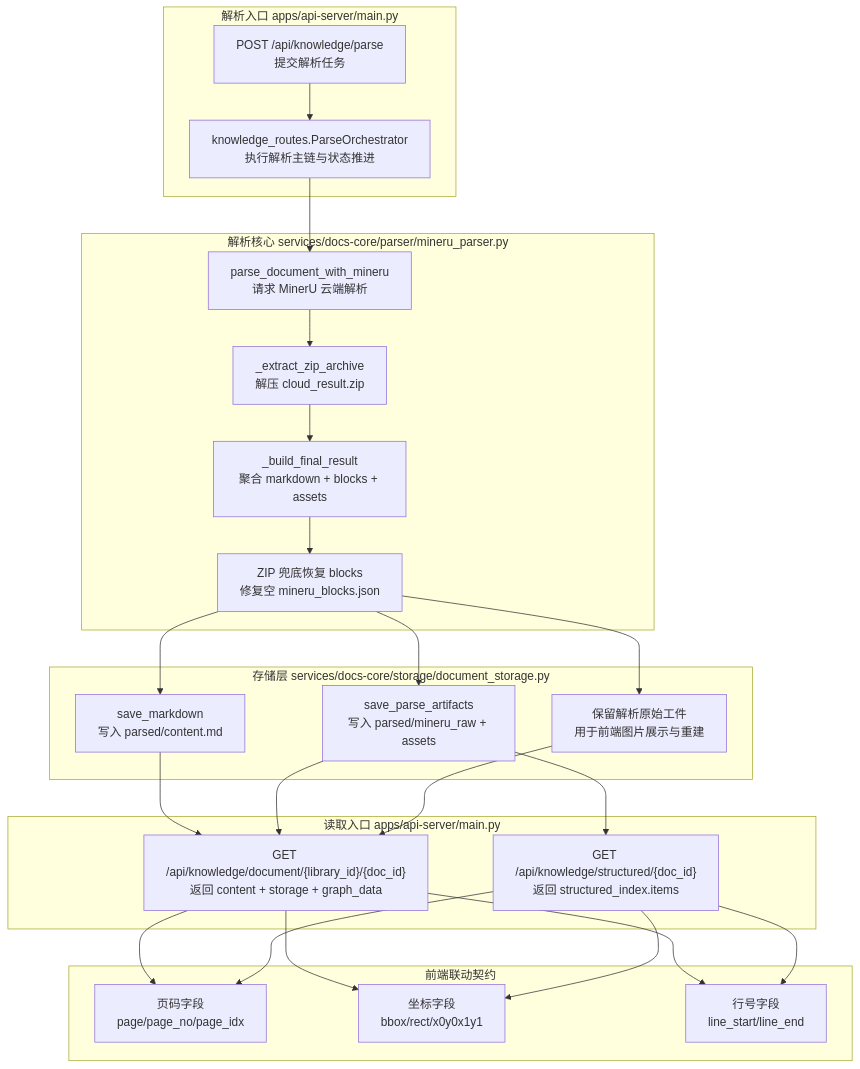
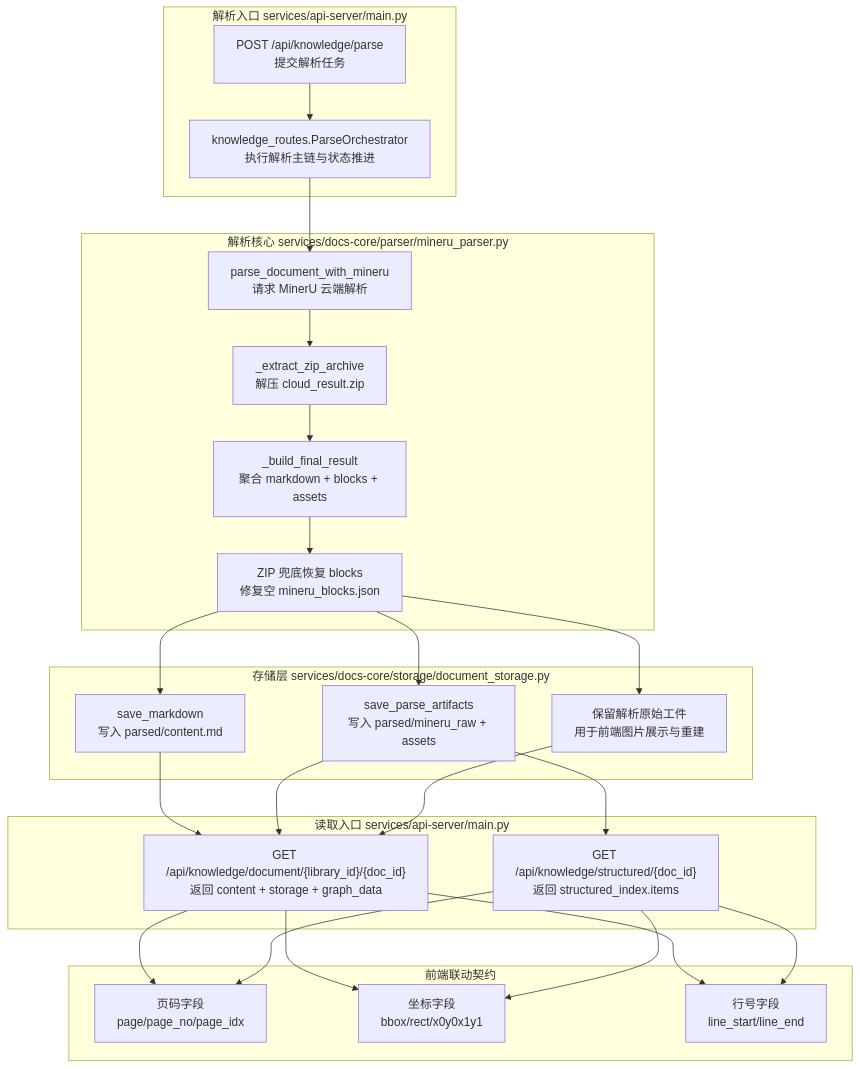
Before and after one commit to 0mao0/AnGIneer: the fourth of 4 diagrams in docs/services-techniques.md, drawn with Mermaid. The commit also changed other lines of this file and 29 other files, not shown here.

First line of the commit message:
refactor(api-server): move api-server from apps to services directory

````diff
--- a/docs/services-techniques.md
+++ b/docs/services-techniques.md
@@ -289,52 +289,52 @@
 ```mermaid
 flowchart TB
-  subgraph Ingest["解析入口 apps/api-server/main.py"]
+  subgraph Ingest["解析入口 services/api-server/main.py"]
     ParseReq["POST /api/knowledge/parse\n提交解析任务"]
     ParseTask["knowledge_routes.ParseOrchestrator\n执行解析主链与状态推进"]
   end
 
   subgraph Parser["解析核心 services/docs-core/parser/mineru_parser.py"]
     ParseMinerU["parse_document_with_mineru\n请求 MinerU 云端解析"]
     ExtractZip["_extract_zip_archive\n解压 cloud_result.zip"]
     BuildFinal["_build_final_result\n聚合 markdown + blocks + assets"]
     RecoverBlocks["ZIP 兜底恢复 blocks\n修复空 mineru_blocks.json"]
   end
 
   subgraph Storage["存储层 services/docs-core/storage/document_storage.py"]
     SaveMd["save_markdown\n写入 parsed/content.md"]
     SaveArtifacts["save_parse_artifacts\n写入 parsed/mineru_raw + assets"]
     KeepAssets["保留解析原始工件\n用于前端图片展示与重建"]
   end
 
-  subgraph ReadApi["读取入口 apps/api-server/main.py"]
+  subgraph ReadApi["读取入口 services/api-server/main.py"]
     GetDoc["GET /api/knowledge/document/{library_id}/{doc_id}\n返回 content + storage + graph_data"]
     GetStructured["GET /api/knowledge/structured/{doc_id}\n返回 structured_index.items"]
   end
 
   subgraph Contract["前端联动契约"]
     PageFields["页码字段\npage/page_no/page_idx"]
     RectFields["坐标字段\nbbox/rect/x0y0x1y1"]
     LineFields["行号字段\nline_start/line_end"]
   end
 
   ParseReq --> ParseTask
   ParseTask --> ParseMinerU
   ParseMinerU --> ExtractZip
   ExtractZip --> BuildFinal
   BuildFinal --> RecoverBlocks
   RecoverBlocks --> SaveMd
   RecoverBlocks --> SaveArtifacts
   RecoverBlocks --> KeepAssets
 
   SaveMd --> GetDoc
   SaveArtifacts --> GetDoc
   SaveArtifacts --> GetStructured
   KeepAssets --> GetDoc
 
   GetDoc --> PageFields
   GetStructured --> PageFields
   GetDoc --> RectFields
   GetStructured --> RectFields
   GetDoc --> LineFields
   GetStructured --> LineFields
 ```
````
